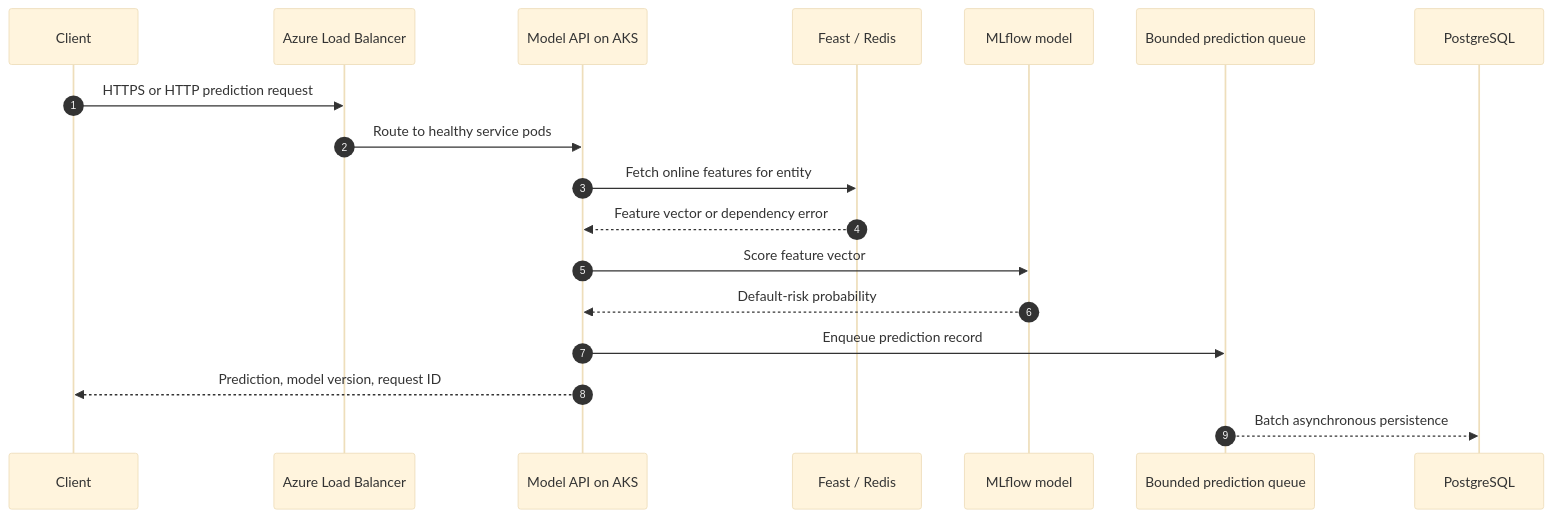
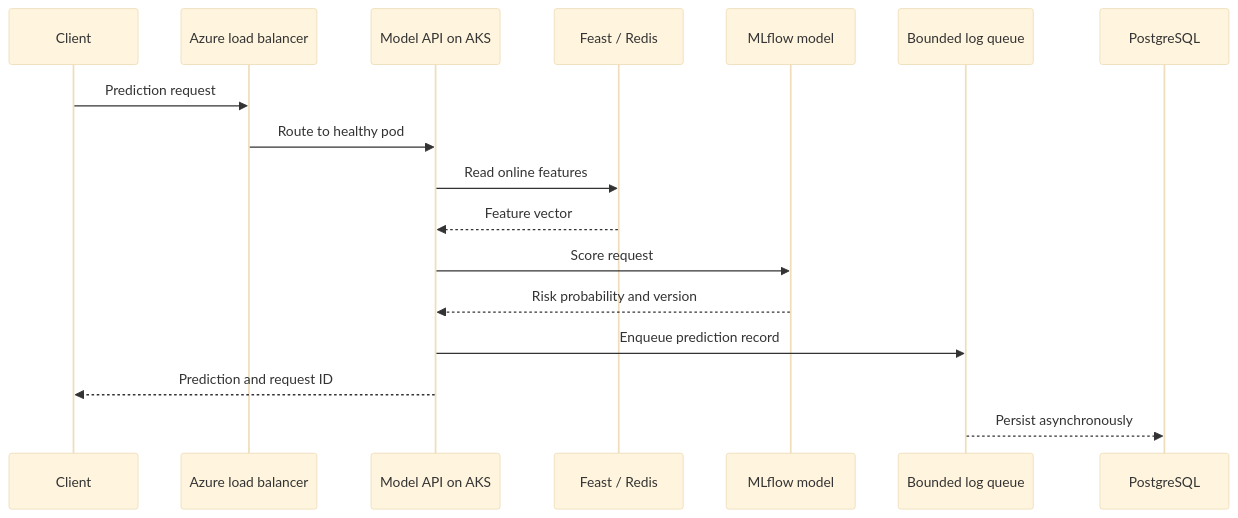
The second of 3 diagrams in README.md (JaiiMukundh/mlplatform), drawn with Mermaid (base theme) before and after one commit. The commit also changed other lines of this file and 20 other files, not shown here.

````diff
--- a/README.md
+++ b/README.md
@@ -69,21 +83,19 @@
 ```mermaid
 sequenceDiagram
-    autonumber
-    participant C as Client
-    participant LB as Azure Load Balancer
+    participant Client
+    participant LB as Azure load balancer
     participant API as Model API on AKS
-    participant F as Feast / Redis
-    participant M as MLflow model
-    participant Q as Bounded prediction queue
+    participant Feast as Feast / Redis
+    participant Model as MLflow model
+    participant Queue as Bounded log queue
     participant DB as PostgreSQL
-
-    C->>LB: HTTPS or HTTP prediction request
-    LB->>API: Route to healthy service pods
-    API->>F: Fetch online features for entity
-    F-->>API: Feature vector or dependency error
-    API->>M: Score feature vector
-    M-->>API: Default-risk probability
-    API->>Q: Enqueue prediction record
-    API-->>C: Prediction, model version, request ID
-    Q-->>DB: Batch asynchronous persistence
+    Client->>LB: Prediction request
+    LB->>API: Route to healthy pod
+    API->>Feast: Read online features
+    Feast-->>API: Feature vector
+    API->>Model: Score request
+    Model-->>API: Risk probability and version
+    API->>Queue: Enqueue prediction record
+    API-->>Client: Prediction and request ID
+    Queue-->>DB: Persist asynchronously
 ```
````
